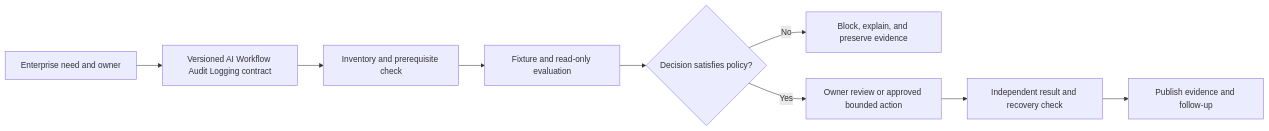
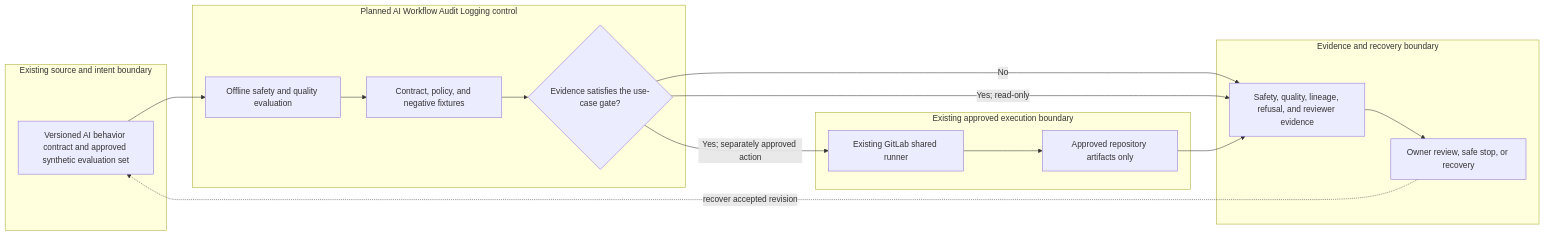
Before and after one commit to MIDHTECH/enterprise-architecture-docs: the diagram in docs/use-cases/healthcare-ai/UC-AI-009-ai-workflow-audit-logging.md, drawn with Mermaid. The commit also changed other lines of this file and 227 other files, not shown here.

Commit message:
Deepen architecture for all use case designs

````diff
--- a/docs/use-cases/healthcare-ai/UC-AI-009-ai-workflow-audit-logging.md
+++ b/docs/use-cases/healthcare-ai/UC-AI-009-ai-workflow-audit-logging.md
@@ -136,11 +129,25 @@
 ```mermaid
 flowchart LR
-    Need["Enterprise need and owner"] --> Contract["Versioned AI Workflow Audit Logging contract"]
-    Contract --> Preflight["Inventory and prerequisite check"]
-    Preflight --> Evaluate["Fixture and read-only evaluation"]
-    Evaluate --> Decision{"Decision satisfies policy?"}
-    Decision -->|No| Stop["Block, explain, and preserve evidence"]
-    Decision -->|Yes| Review["Owner review or approved bounded action"]
-    Review --> Verify["Independent result and recovery check"]
-    Verify --> Publish["Publish evidence and follow-up"]
+    subgraph Source["Existing source and intent boundary"]
+        A["Versioned AI behavior contract and approved synthetic evaluation set"]
+    end
+    subgraph Planned["Planned AI Workflow Audit Logging control"]
+        B["Offline safety and quality evaluation"]
+        C["Contract, policy, and negative fixtures"]
+        D{"Evidence satisfies the use-case gate?"}
+    end
+    subgraph Runtime["Existing approved execution boundary"]
+        E["Existing GitLab shared runner"]
+        F["Approved repository artifacts only"]
+    end
+    subgraph Assurance["Evidence and recovery boundary"]
+        G["Safety, quality, lineage, refusal, and reviewer evidence"]
+        H["Owner review, safe stop, or recovery"]
+    end
+
+    A --> B --> C --> D
+    D -->|No| G --> H
+    D -->|Yes; read-only| G
+    D -->|Yes; separately approved action| E --> F --> G
+    H -. recover accepted revision .-> A
 ```
````
